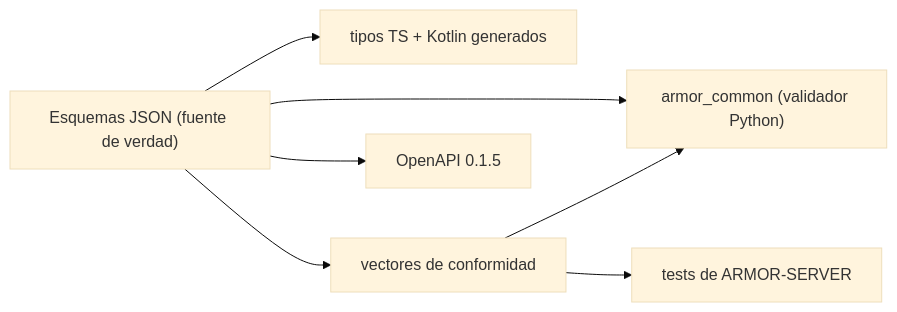
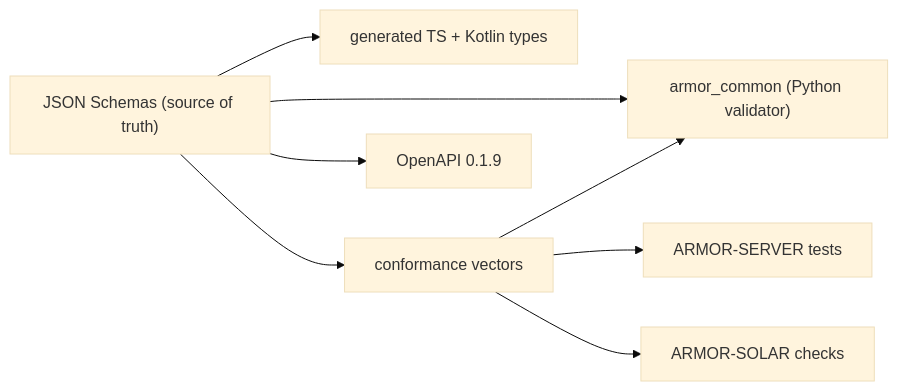
One commit to JuanenRac/ARMOR-COMMON changed the diagram in README_spa.md. Above: the diagram before and after it, drawn with Mermaid (base theme). The commit also changed other lines of this file and 8 other files, not shown here.

````diff
--- a/README_spa.md
+++ b/README_spa.md
@@ -39,9 +46,10 @@
 ```mermaid
 flowchart LR
-    S["Esquemas JSON (fuente de verdad)"] --> P["armor_common (validador Python)"]
-    S --> G["tipos TS + Kotlin generados"]
-    S --> V["vectores de conformidad"]
+    S["JSON Schemas (source of truth)"] --> P["armor_common (Python validator)"]
+    S --> G["generated TS + Kotlin types"]
+    S --> V["conformance vectors"]
     V --> P
-    V --> T["tests de ARMOR-SERVER"]
-    S --> O["OpenAPI 0.1.5"]
+    V --> T["ARMOR-SERVER tests"]
+    V --> X["ARMOR-SOLAR checks"]
+    S --> O["OpenAPI 0.1.9"]
 ```
````
